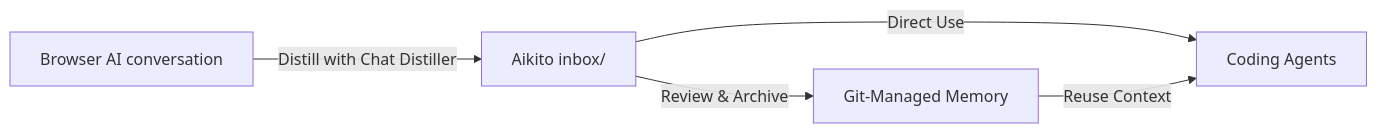
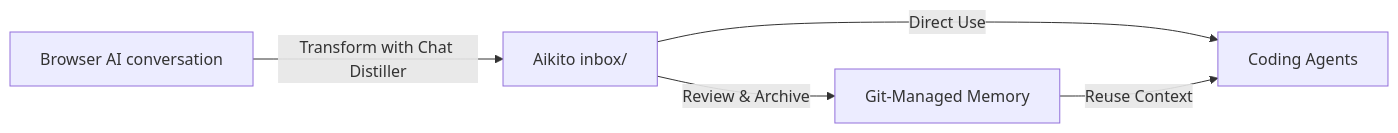
Before and after one commit to lsaint/chat-distiller: the diagram in README.md, drawn with Mermaid. The commit also changed other lines of this file and 1 other file, not shown here.

````diff
--- a/README.md
+++ b/README.md
@@ -95,7 +99,7 @@
 ```mermaid
 flowchart LR
-    A["Browser AI conversation"] -->|"Distill with Chat Distiller"| B["Aikito inbox/"]
+    A["Browser AI conversation"] -->|"Transform with Chat Distiller"| B["Aikito inbox/"]
     B -->|"Review & Archive"| C["Git-Managed Memory"]
     B -->|"Direct Use"| D["Coding Agents"]
     C -->|"Reuse Context"| D
 ```
````
